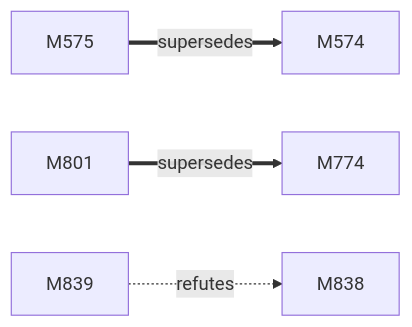
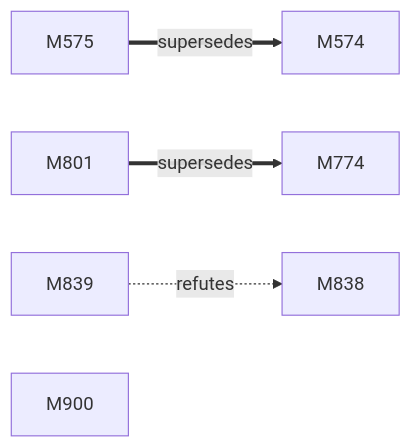
Before and after one commit to D-Ogi/amdgpu-wddm: the first of 2 diagrams in docs/facts/graphs/d3d.md, drawn with Mermaid. The commit also changed other lines of this file and 5 other files, not shown here.

````diff
--- a/docs/facts/graphs/d3d.md
+++ b/docs/facts/graphs/d3d.md
@@ -9,13 +9,14 @@
 ```mermaid
 flowchart LR
   M574["M574"]
   M575["M575"]
   M774["M774"]
   M801["M801"]
   M838["M838"]
   M839["M839"]
   M575 ==>|supersedes| M574
   M801 ==>|supersedes| M774
+  M900["M900"]
   M839 -.->|refutes| M838
   classDef other stroke-dasharray:4 3
 ```
````
